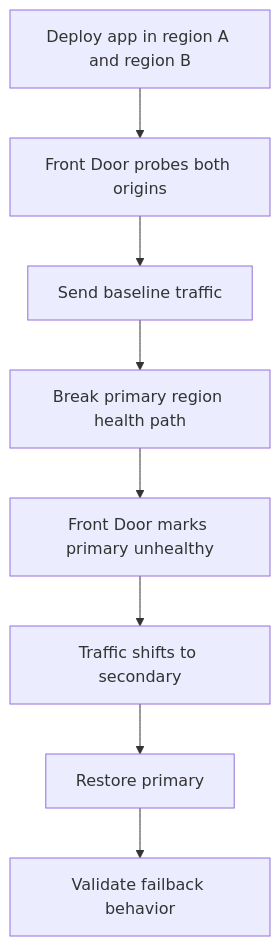
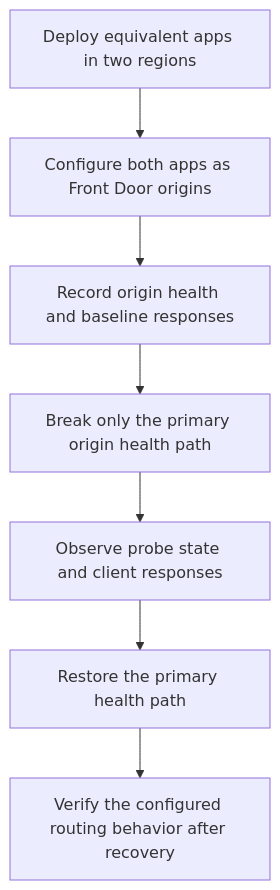
The diagram in docs/troubleshooting/lab-guides/multi-region-failover.md (yeongseon/azure-container-apps-practical-guide), drawn with Mermaid before and after one commit. The commit also changed other lines of this file and 25 other files, not shown here.

Commit message:
docs(diagrams): migrate lab guide diagrams (#624)

````diff
--- a/docs/troubleshooting/lab-guides/multi-region-failover.md
+++ b/docs/troubleshooting/lab-guides/multi-region-failover.md
@@ -52,10 +52,9 @@
 ```mermaid
 flowchart TD
-    A[Deploy app in region A and region B] --> B[Front Door probes both origins]
-    B --> C[Send baseline traffic]
-    C --> D[Break primary region health path]
-    D --> E[Front Door marks primary unhealthy]
-    E --> F[Traffic shifts to secondary]
-    F --> G[Restore primary]
-    G --> H[Validate failback behavior]
+    DEPLOY["Deploy equivalent apps in two regions"] --> ORIGINS["Configure both apps as Front Door origins"]
+    ORIGINS --> BASELINE["Record origin health and baseline responses"]
+    BASELINE --> TRIGGER["Break only the primary origin health path"]
+    TRIGGER --> OBSERVE["Observe probe state and client responses"]
+    OBSERVE --> RESTORE["Restore the primary health path"]
+    RESTORE --> VERIFY["Verify the configured routing behavior after recovery"]
 ```
````
